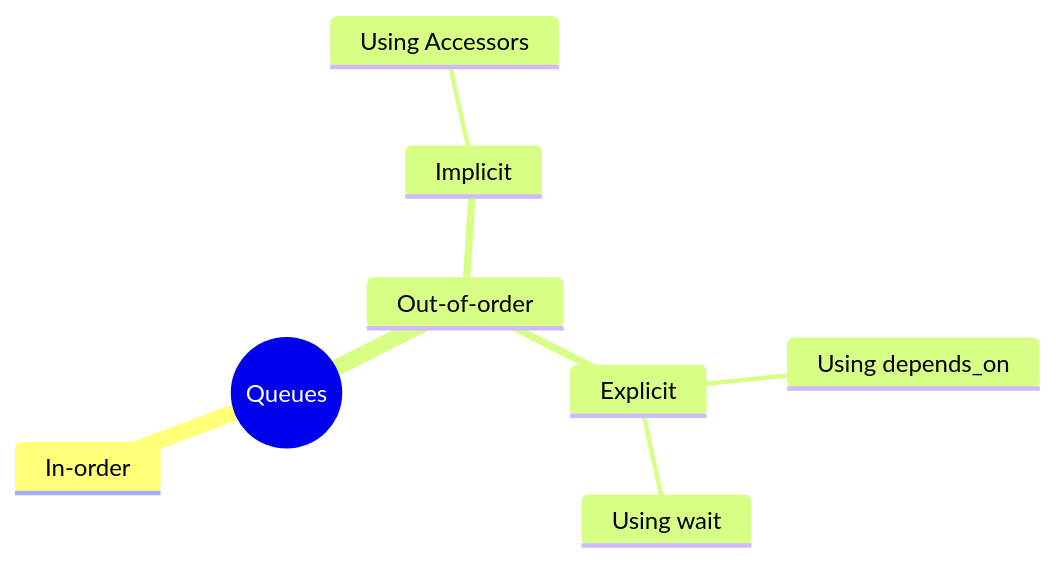
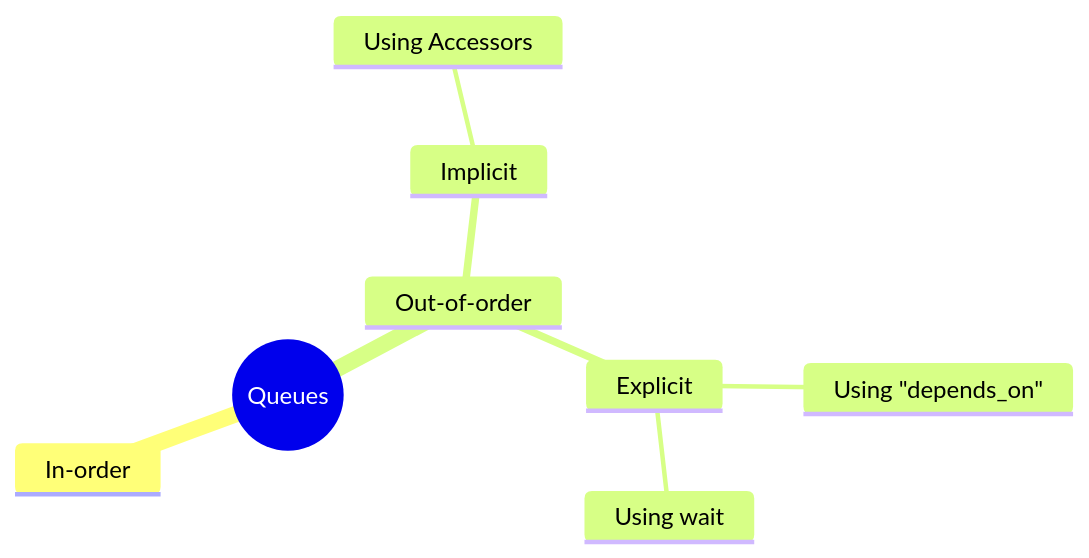
One commit to salehjg/Learning-SYCL changed the diagram in examples/01.queues/readme.md. Above: the diagram before and after it, drawn with Mermaid.

````diff
--- a/examples/01.queues/readme.md
+++ b/examples/01.queues/readme.md
@@ -5,11 +5,11 @@
 ```mermaid
 mindmap
   root((Queues)
     In-order
     Out-of-order
       Implicit
         Using Accessors
       Explicit
-        Using depends_on
+        Using "depends_on"
         Using wait
 ```
````
